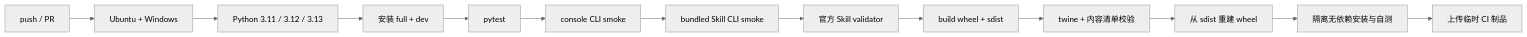
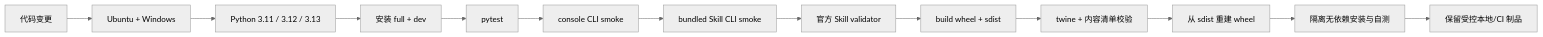
The tenth of 17 diagrams in docs/design-and-workflows.zh-CN.md (motanwenzhu/sharesafe), drawn with Mermaid (neutral theme) before and after one commit. The commit also changed other lines of this file and 66 other files, not shown here.

````diff
--- a/docs/design-and-workflows.zh-CN.md
+++ b/docs/design-and-workflows.zh-CN.md
@@ -760,15 +844,15 @@
 ```mermaid
 flowchart LR
-    A[push / PR] --> B[Ubuntu + Windows]
+    A[代码变更] --> B[Ubuntu + Windows]
     B --> C[Python 3.11 / 3.12 / 3.13]
     C --> D[安装 full + dev]
     D --> E[pytest]
     E --> F[console CLI smoke]
     F --> G[bundled Skill CLI smoke]
     G --> H[官方 Skill validator]
     H --> I[build wheel + sdist]
     I --> J[twine + 内容清单校验]
     J --> K[从 sdist 重建 wheel]
     K --> L[隔离无依赖安装与自测]
-    L --> M[上传临时 CI 制品]
+    L --> M[保留受控本地/CI 制品]
 ```
````
